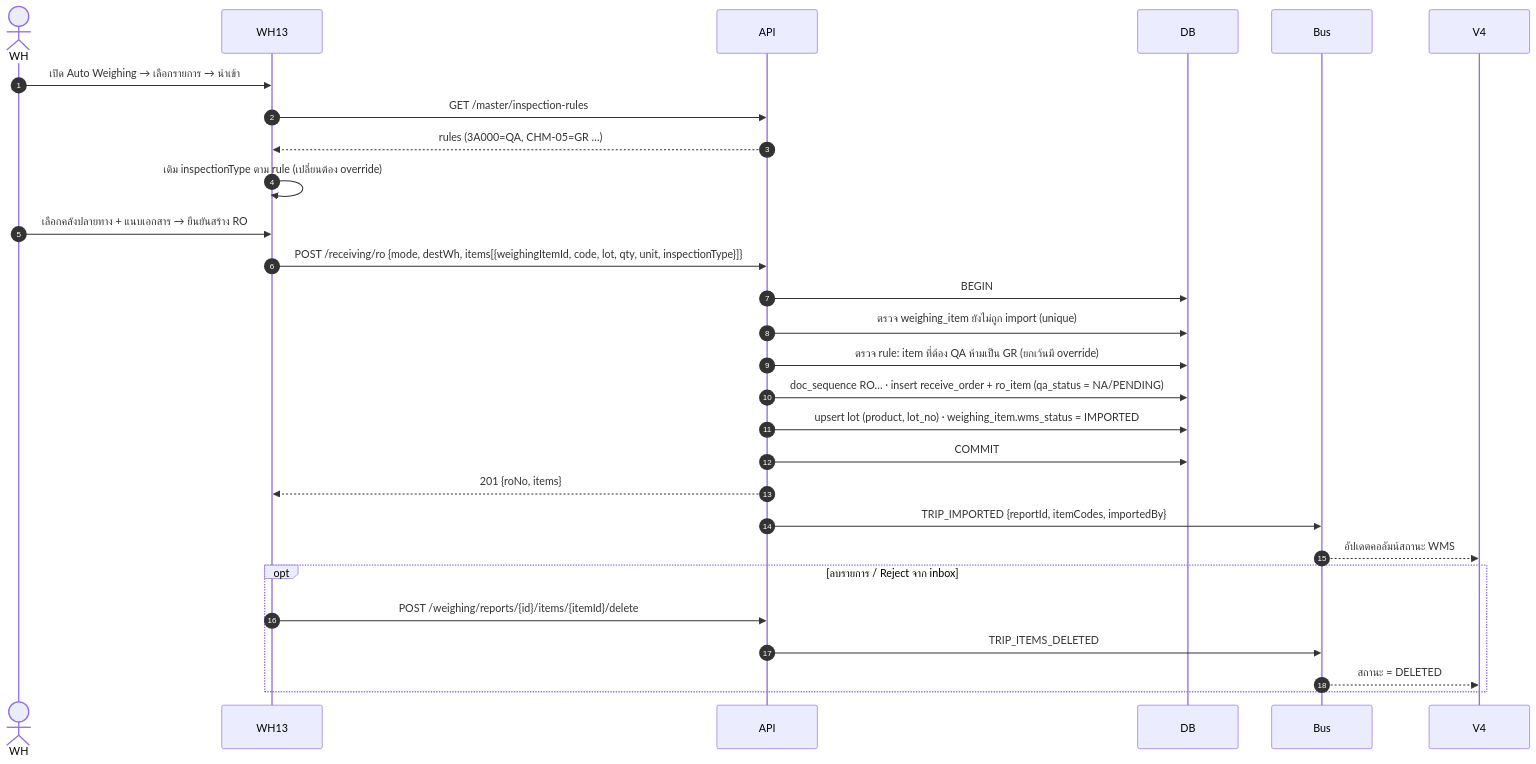
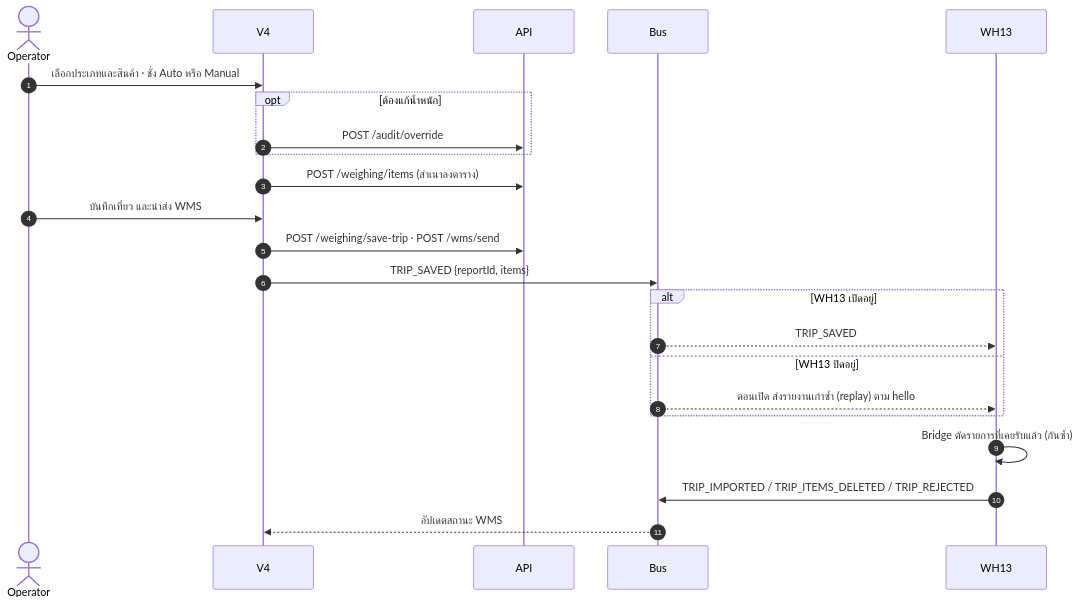
The fifth of 14 diagrams in docs/01-sequence-diagrams.md (Aum2010/WHSM-1791103979), drawn with Mermaid before and after one commit. The commit also changed other lines of this file and 3 other files, not shown here.

Commit message:
Docs: update sequence diagrams to current system; record customer decisions

````diff
--- a/docs/01-sequence-diagrams.md
+++ b/docs/01-sequence-diagrams.md
@@ -165,31 +169,26 @@
 ```mermaid
 sequenceDiagram
     autonumber
-    actor WH
+    actor Operator
+    participant V4
+    participant API
+    participant Bus
     participant WH13
-    participant API
-    participant DB
-    participant Bus
-    participant V4
 
-    WH->>WH13: เปิด Auto Weighing → เลือกรายการ → นำเข้า
-    WH13->>API: GET /master/inspection-rules
-    API-->>WH13: rules (3A000=QA, CHM-05=GR …)
-    WH13->>WH13: เติม inspectionType ตาม rule (เปลี่ยนต้อง override)
-    WH->>WH13: เลือกคลังปลายทาง + แนบเอกสาร → ยืนยันสร้าง RO
-    WH13->>API: POST /receiving/ro {mode, destWh, items[{weighingItemId, code, lot, qty, unit, inspectionType}]}
-    API->>DB: BEGIN
-    API->>DB: ตรวจ weighing_item ยังไม่ถูก import (unique)
-    API->>DB: ตรวจ rule: item ที่ต้อง QA ห้ามเป็น GR (ยกเว้นมี override)
-    API->>DB: doc_sequence RO… · insert receive_order + ro_item (qa_status = NA/PENDING)
-    API->>DB: upsert lot (product, lot_no) · weighing_item.wms_status = IMPORTED
-    API->>DB: COMMIT
-    API-->>WH13: 201 {roNo, items}
-    API->>Bus: TRIP_IMPORTED {reportId, itemCodes, importedBy}
-    Bus-->>V4: อัปเดตคอลัมน์สถานะ WMS
-    opt ลบรายการ / Reject จาก inbox
-        WH13->>API: POST /weighing/reports/{id}/items/{itemId}/delete
-        API->>Bus: TRIP_ITEMS_DELETED
-        Bus-->>V4: สถานะ = DELETED
+    Operator->>V4: เลือกประเภทและสินค้า · ชั่ง Auto หรือ Manual
+    opt ต้องแก้น้ำหนัก
+        V4->>API: POST /audit/override
     end
+    V4->>API: POST /weighing/items (สำเนาลงตาราง)
+    Operator->>V4: บันทึกเที่ยว และนำส่ง WMS
+    V4->>API: POST /weighing/save-trip · POST /wms/send
+    V4->>Bus: TRIP_SAVED {reportId, items}
+    alt WH13 เปิดอยู่
+        Bus-->>WH13: TRIP_SAVED
+    else WH13 ปิดอยู่
+        Bus-->>WH13: ตอนเปิด ส่งรายงานเก่าซ้ำ (replay) ตาม hello
+    end
+    WH13->>WH13: Bridge ตัดรายการที่เคยรับแล้ว (กันซ้ำ)
+    WH13->>Bus: TRIP_IMPORTED / TRIP_ITEMS_DELETED / TRIP_REJECTED
+    Bus-->>V4: อัปเดตสถานะ WMS
 ```
````
